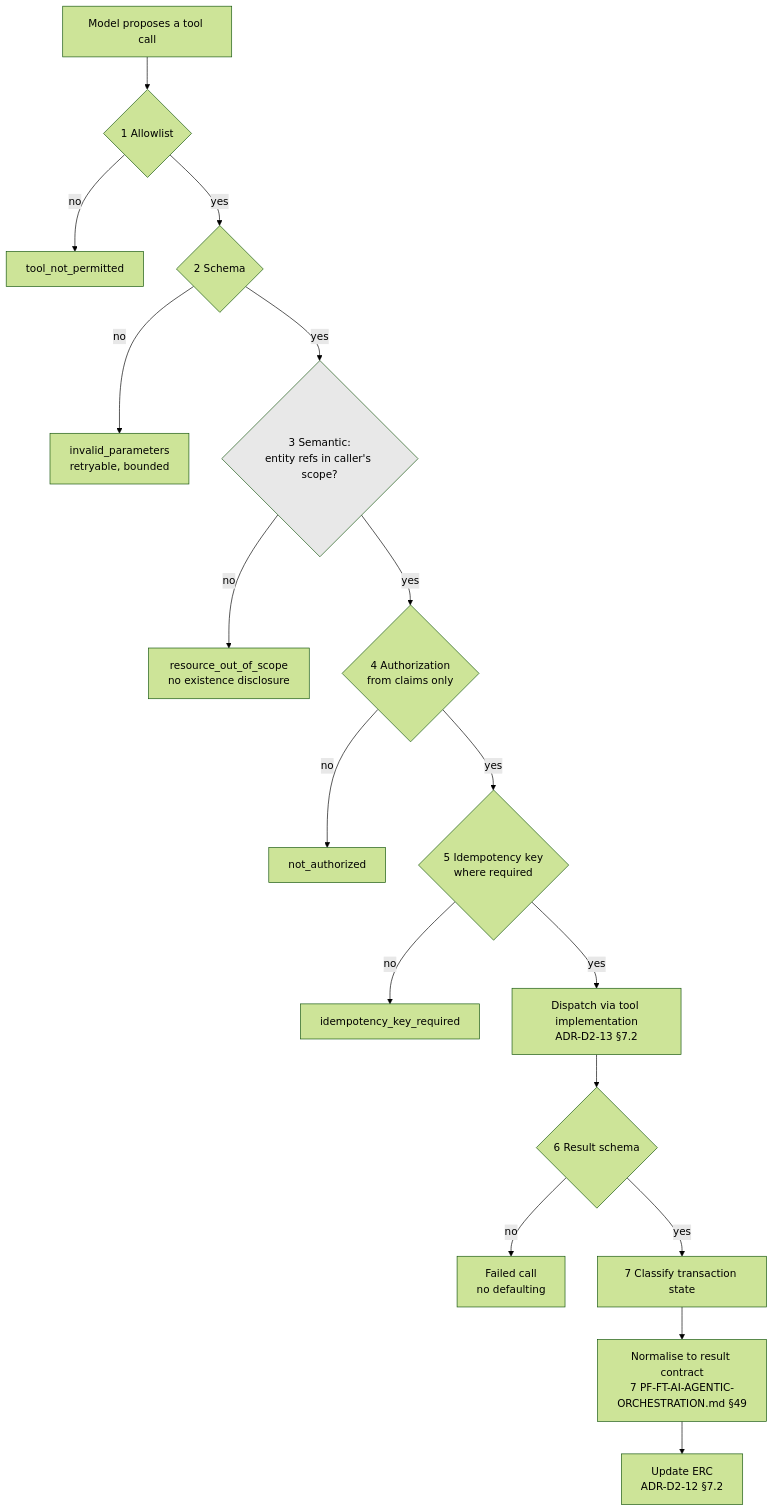
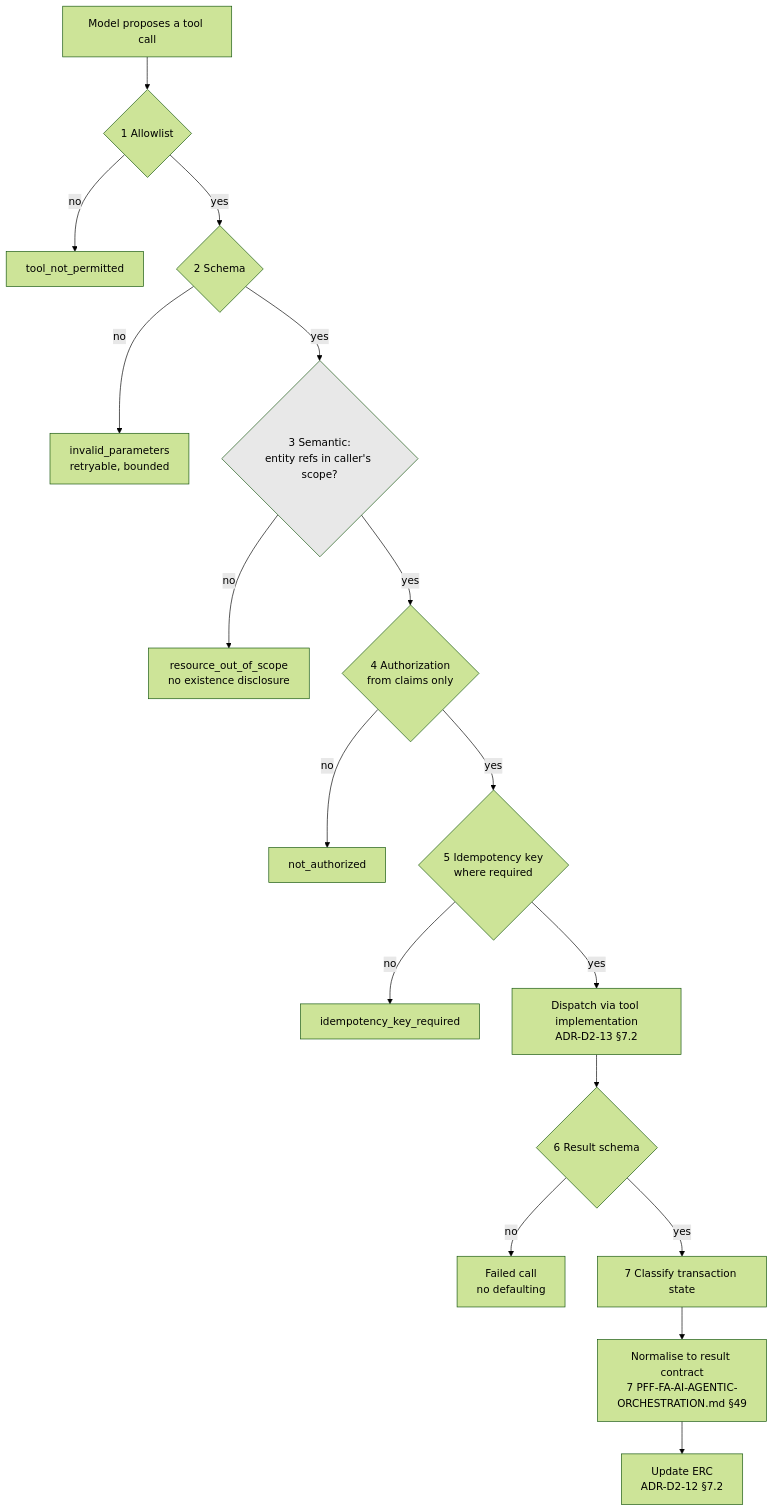
Before and after one commit to gobimca87/PF-FT: the diagram in docs/architecture/adr/03-ai-architecture/ADR-D3-04-tool-calling-and-validation-boundary.md, drawn with Mermaid (forest theme). The commit also changed other lines of this file and 880 other files, not shown here.

````diff
--- a/docs/architecture/adr/03-ai-architecture/ADR-D3-04-tool-calling-and-validation-boundary.md
+++ b/docs/architecture/adr/03-ai-architecture/ADR-D3-04-tool-calling-and-validation-boundary.md
@@ -342,21 +342,21 @@
 ```mermaid
 flowchart TD
     M[Model proposes a tool call] --> G1{1 Allowlist}
     G1 -- no --> R1[tool_not_permitted]
     G1 -- yes --> G2{2 Schema}
     G2 -- no --> R2[invalid_parameters<br/>retryable, bounded]
     G2 -- yes --> G3{3 Semantic:<br/>entity refs in caller's scope?}
     G3 -- no --> R3[resource_out_of_scope<br/>no existence disclosure]
     G3 -- yes --> G4{4 Authorization<br/>from claims only}
     G4 -- no --> R4[not_authorized]
     G4 -- yes --> G5{5 Idempotency key<br/>where required}
     G5 -- no --> R5[idempotency_key_required]
     G5 -- yes --> D[Dispatch via tool implementation<br/>ADR-D2-13 §7.2]
     D --> G6{6 Result schema}
     G6 -- no --> F[Failed call<br/>no defaulting]
     G6 -- yes --> G7[7 Classify transaction state]
-    G7 --> N[Normalise to result contract<br/>7 PF-FT-AI-AGENTIC-ORCHESTRATION.md §49]
+    G7 --> N[Normalise to result contract<br/>7 PFF-FA-AI-AGENTIC-ORCHESTRATION.md §49]
     N --> E[Update ERC<br/>ADR-D2-12 §7.2]
 
     style G3 fill:#e8e8e8
 ```
````
